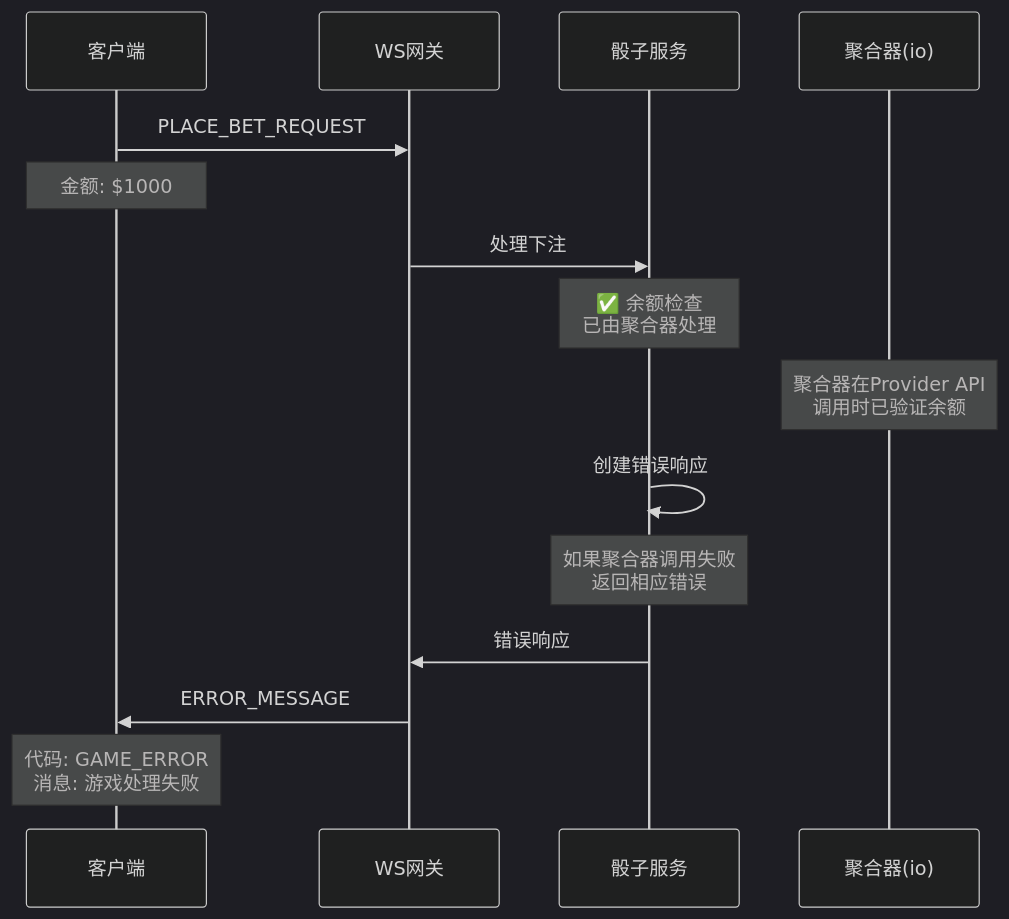
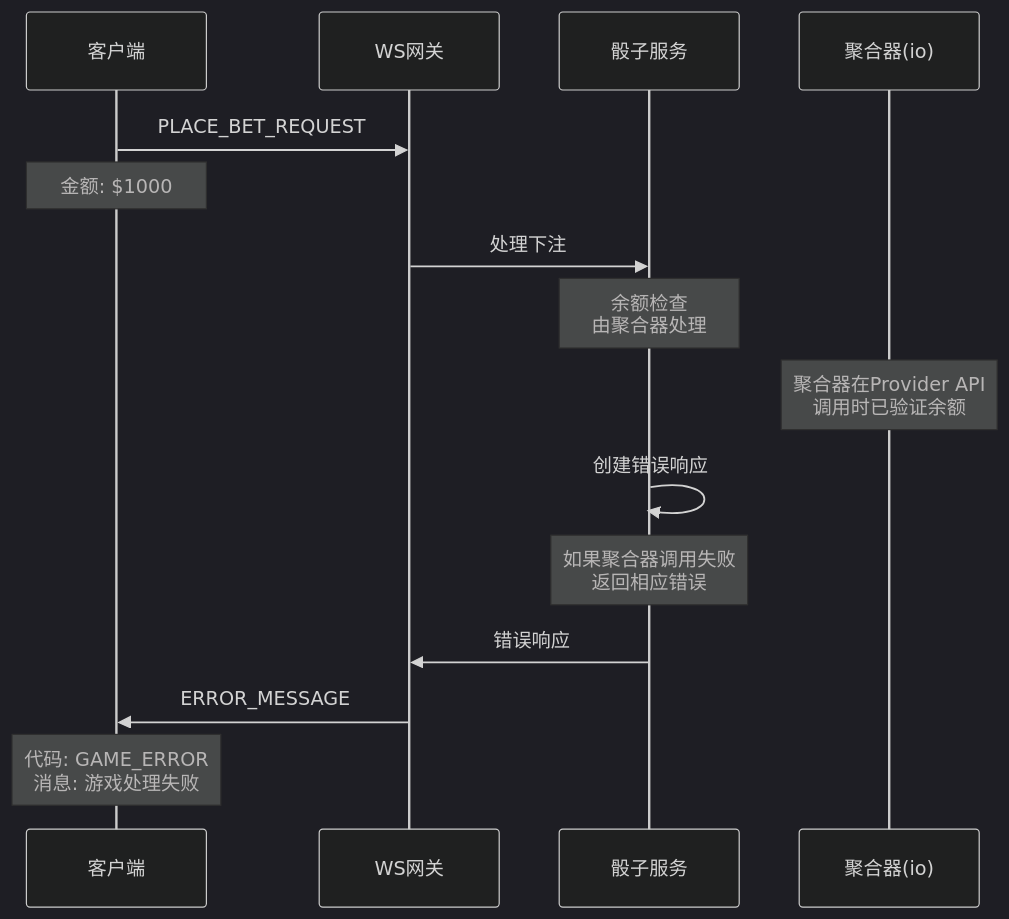
Before and after one commit to infigaming-com/invoker-gh-pages: diagram 21 of 32 in sequence-diagrams-zh.md, drawn with Mermaid (dark theme). The commit also changed other lines of this file and 3 other files, not shown here.

````diff
--- a/sequence-diagrams-zh.md
+++ b/sequence-diagrams-zh.md
@@ -830,22 +1000,22 @@
 ```mermaid
 sequenceDiagram
     participant Client as 客户端
     participant WSGateway as WS网关
     participant DiceService as 骰子服务
     participant Aggregator as 聚合器(io)
 
     Client->>WSGateway: PLACE_BET_REQUEST
     Note over Client: 金额: $1000
     
     WSGateway->>DiceService: 处理下注
     
-    Note over DiceService: ✅ 余额检查<br/>已由聚合器处理
+    Note over DiceService: 余额检查<br/>由聚合器处理
     Note over Aggregator: 聚合器在Provider API<br/>调用时已验证余额
     
     DiceService->>DiceService: 创建错误响应
     Note over DiceService: 如果聚合器调用失败<br/>返回相应错误
     
     DiceService->>WSGateway: 错误响应
     WSGateway->>Client: ERROR_MESSAGE
     Note over Client: 代码: GAME_ERROR<br/>消息: 游戏处理失败
 ```
````
